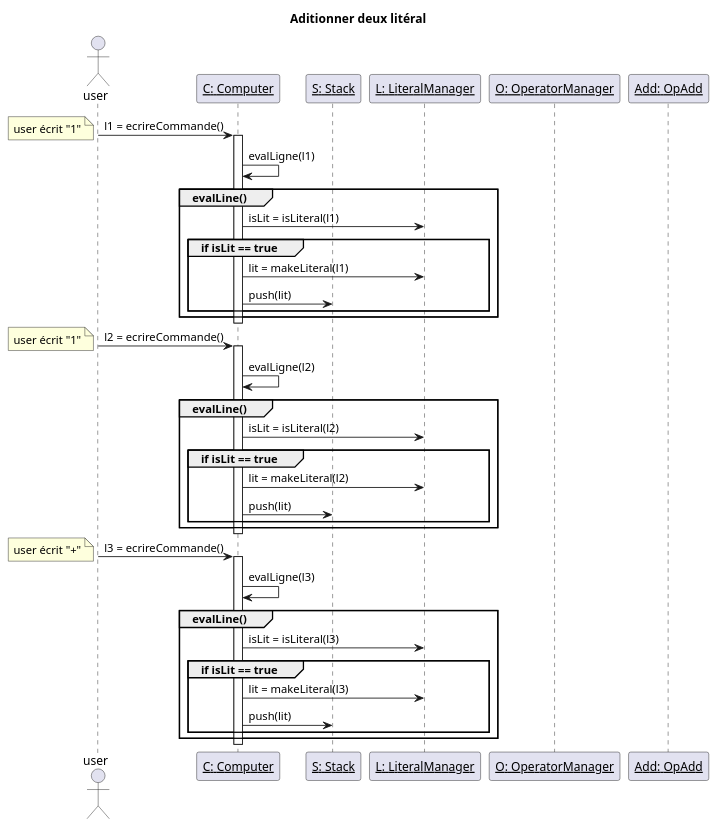
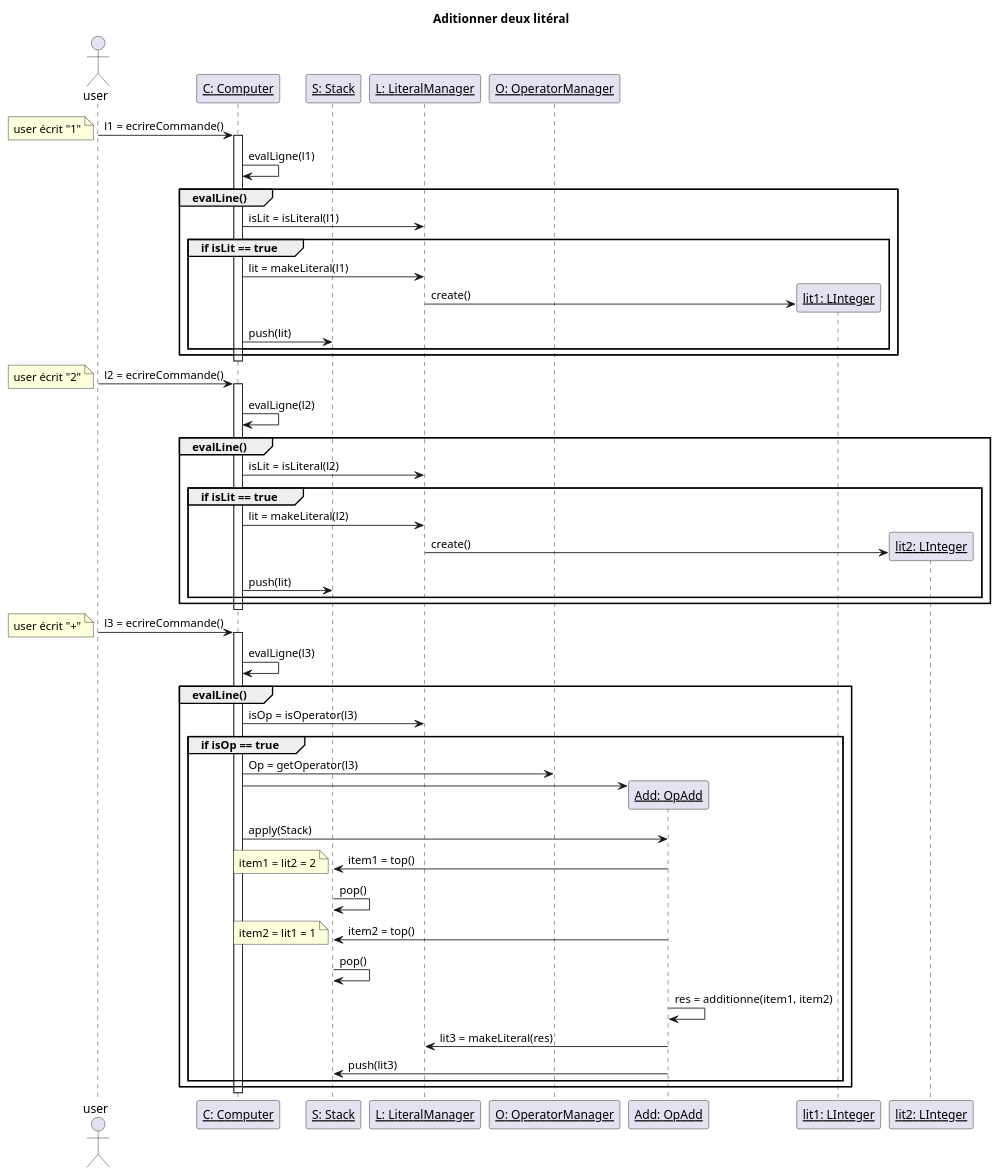
The diagram in UML/diagrammeSequence.plantuml (pltheoclement/LO21), drawn with PlantUML before and after one commit.

Commit message:
Clarification du diagramme avec la suppression des literal lors du pop()

```diff
--- a/UML/diagrammeSequence.plantuml
+++ b/UML/diagrammeSequence.plantuml
@@ -1,50 +1,62 @@
 @startuml
 title Aditionner deux litéral
 
 actor user
 participant "__C: Computer__" as Computer
 participant "__S: Stack__" as Stack
 participant "__L: LiteralManager__" as LiteralManager
 participant "__O: OperatorManager__" as OperatorManager
 participant "__Add: OpAdd__" as Add
 
 user -> Computer : l1 = ecrireCommande()
 note left: user écrit "1"
 activate Computer
 Computer -> Computer : evalLigne(l1)
   group evalLine()
   Computer -> LiteralManager : isLit = isLiteral(l1)
   group if isLit == true
     Computer -> LiteralManager : lit = makeLiteral(l1)
+    LiteralManager -> "__lit1: LInteger__"** : create()
     Computer -> Stack : push(lit)
   end
 end
 
 deactivate Computer
 user -> Computer : l2 = ecrireCommande()
-note left: user écrit "1"
+note left: user écrit "2"
 activate Computer
 Computer -> Computer : evalLigne(l2)
   group evalLine()
   Computer -> LiteralManager : isLit = isLiteral(l2)
   group if isLit == true
     Computer -> LiteralManager : lit = makeLiteral(l2)
+    LiteralManager -> "__lit2: LInteger__"** : create()
     Computer -> Stack : push(lit)
   end
 end
 deactivate Computer
 
 user -> Computer : l3 = ecrireCommande()
 note left: user écrit "+"
 activate Computer
 Computer -> Computer : evalLigne(l3)
   group evalLine()
-  Computer -> LiteralManager : isLit = isLiteral(l3)
-  group if isLit == true
-    Computer -> LiteralManager : lit = makeLiteral(l3)
-    Computer -> Stack : push(lit)
+  Computer -> LiteralManager : isOp = isOperator(l3)
+  group if isOp == true
+    Computer -> OperatorManager : Op = getOperator(l3)
+    Computer -> Add **
+    Computer -> Add :apply(Stack)
+    Add -> Stack : item1 = top()
+    note left: item1 = lit2 = 2
+    Stack -> Stack : pop()
+    Add -> Stack : item2 = top()
+    note left: item2 = lit1 = 1
+    Stack -> Stack : pop()
+    Add -> Add : res = additionne(item1, item2)
+    Add -> LiteralManager : lit3 = makeLiteral(res)
+    Add -> Stack : push(lit3)
   end
 end
 deactivate Computer
 
 @enduml
```
